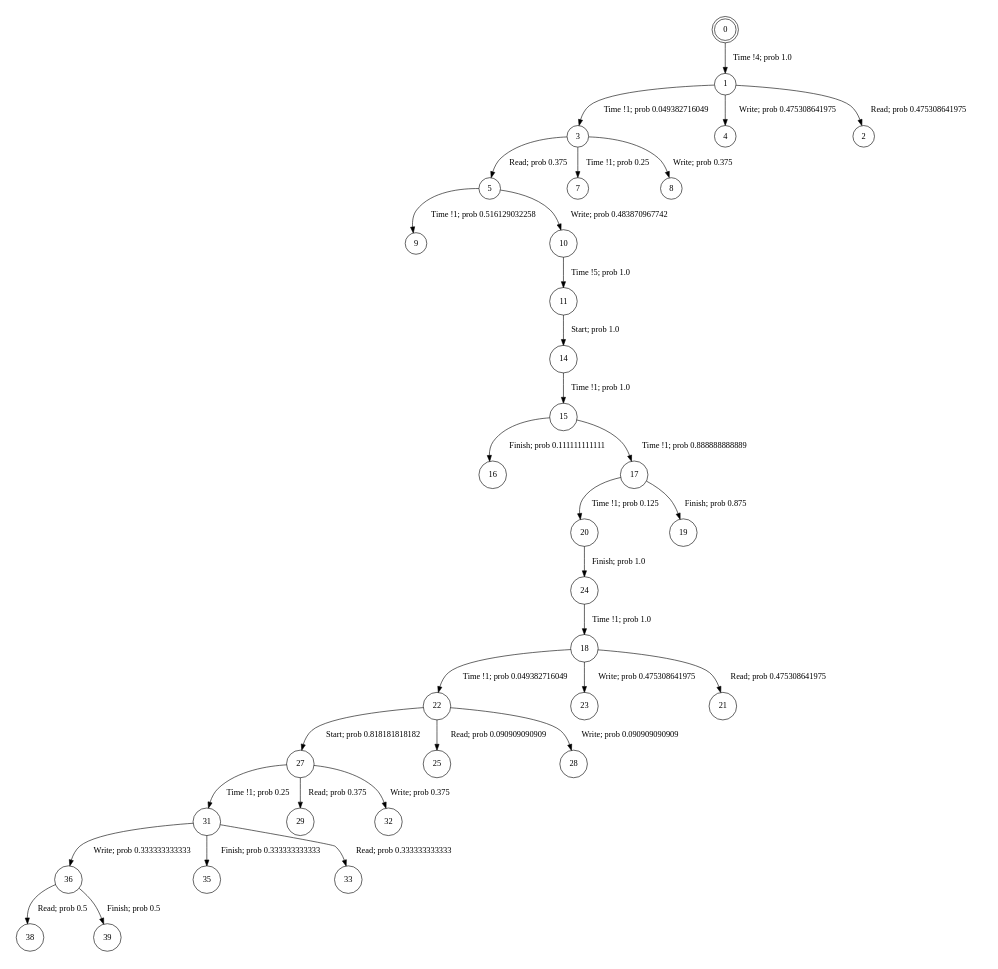
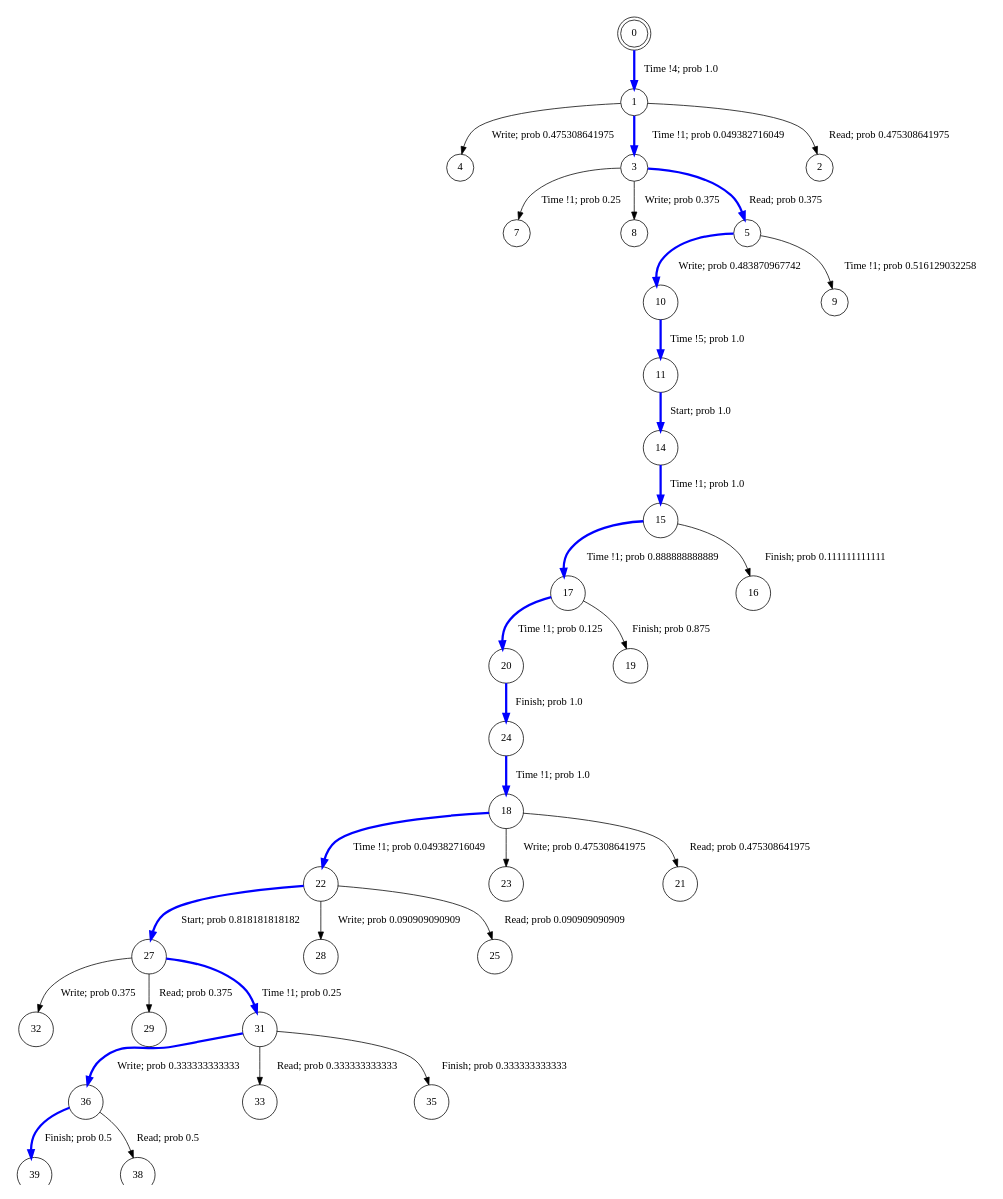
One commit to irmanfaqrizal/ptsv changed the diagram in state-space-analysis/experiments/results/tpts-golden-5.dot. Above: the diagram before and after it, drawn with Graphviz. The commit also changed 25 other files, not shown here.

```diff
--- a/state-space-analysis/experiments/results/tpts-golden-5.dot
+++ b/state-space-analysis/experiments/results/tpts-golden-5.dot
@@ -1,38 +1,38 @@
 digraph BCG {
 size = "7, 10.5";
 center = TRUE;
 node [shape = circle];
 0 [peripheries = 2];
-0 -> 1  [label = "Time !4; prob 1.0"];
-1 -> 3  [label = "Time !1; prob 0.049382716049"];
+0 -> 1  [label = "Time !4; prob 1.0", color = "blue", penwidth=3];
 1 -> 4  [label = "Write; prob 0.475308641975"];
+1 -> 3  [label = "Time !1; prob 0.049382716049", color = "blue", penwidth=3];
 1 -> 2  [label = "Read; prob 0.475308641975"];
-3 -> 5  [label = "Read; prob 0.375"];
 3 -> 7  [label = "Time !1; prob 0.25"];
 3 -> 8  [label = "Write; prob 0.375"];
+3 -> 5  [label = "Read; prob 0.375", color = "blue", penwidth=3];
+36 -> 39  [label = "Finish; prob 0.5", color = "blue", penwidth=3];
 36 -> 38  [label = "Read; prob 0.5"];
-36 -> 39  [label = "Finish; prob 0.5"];
+5 -> 10  [label = "Write; prob 0.483870967742", color = "blue", penwidth=3];
 5 -> 9  [label = "Time !1; prob 0.516129032258"];
-5 -> 10  [label = "Write; prob 0.483870967742"];
-10 -> 11  [label = "Time !5; prob 1.0"];
-11 -> 14  [label = "Start; prob 1.0"];
-14 -> 15  [label = "Time !1; prob 1.0"];
+10 -> 11  [label = "Time !5; prob 1.0", color = "blue", penwidth=3];
+11 -> 14  [label = "Start; prob 1.0", color = "blue", penwidth=3];
+14 -> 15  [label = "Time !1; prob 1.0", color = "blue", penwidth=3];
+15 -> 17  [label = "Time !1; prob 0.888888888889", color = "blue", penwidth=3];
 15 -> 16  [label = "Finish; prob 0.111111111111"];
-15 -> 17  [label = "Time !1; prob 0.888888888889"];
-17 -> 20  [label = "Time !1; prob 0.125"];
+17 -> 20  [label = "Time !1; prob 0.125", color = "blue", penwidth=3];
 17 -> 19  [label = "Finish; prob 0.875"];
-18 -> 22  [label = "Time !1; prob 0.049382716049"];
+18 -> 22  [label = "Time !1; prob 0.049382716049", color = "blue", penwidth=3];
 18 -> 23  [label = "Write; prob 0.475308641975"];
 18 -> 21  [label = "Read; prob 0.475308641975"];
-20 -> 24  [label = "Finish; prob 1.0"];
-22 -> 27  [label = "Start; prob 0.818181818182"];
+20 -> 24  [label = "Finish; prob 1.0", color = "blue", penwidth=3];
+22 -> 27  [label = "Start; prob 0.818181818182", color = "blue", penwidth=3];
+22 -> 28  [label = "Write; prob 0.090909090909"];
 22 -> 25  [label = "Read; prob 0.090909090909"];
-22 -> 28  [label = "Write; prob 0.090909090909"];
-24 -> 18  [label = "Time !1; prob 1.0"];
-27 -> 31  [label = "Time !1; prob 0.25"];
+24 -> 18  [label = "Time !1; prob 1.0", color = "blue", penwidth=3];
+27 -> 32  [label = "Write; prob 0.375"];
 27 -> 29  [label = "Read; prob 0.375"];
-27 -> 32  [label = "Write; prob 0.375"];
-31 -> 36  [label = "Write; prob 0.333333333333"];
+27 -> 31  [label = "Time !1; prob 0.25", color = "blue", penwidth=3];
+31 -> 33  [label = "Read; prob 0.333333333333"];
+31 -> 36  [label = "Write; prob 0.333333333333", color = "blue", penwidth=3];
 31 -> 35  [label = "Finish; prob 0.333333333333"];
-31 -> 33  [label = "Read; prob 0.333333333333"];
 }
```
